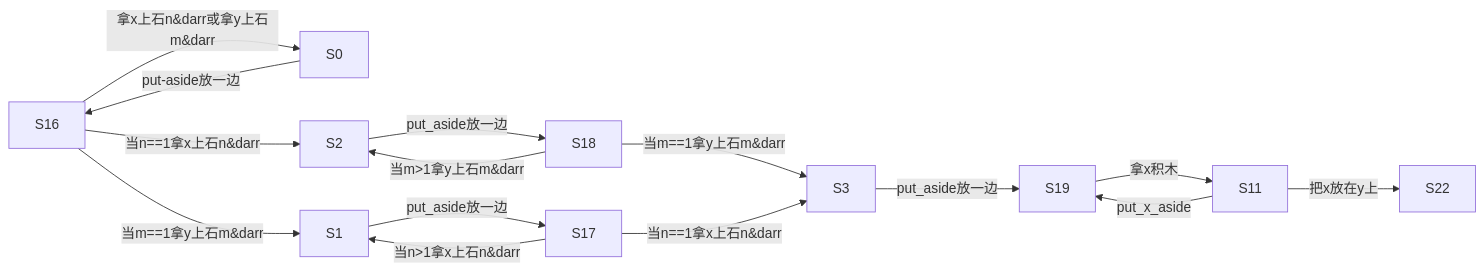
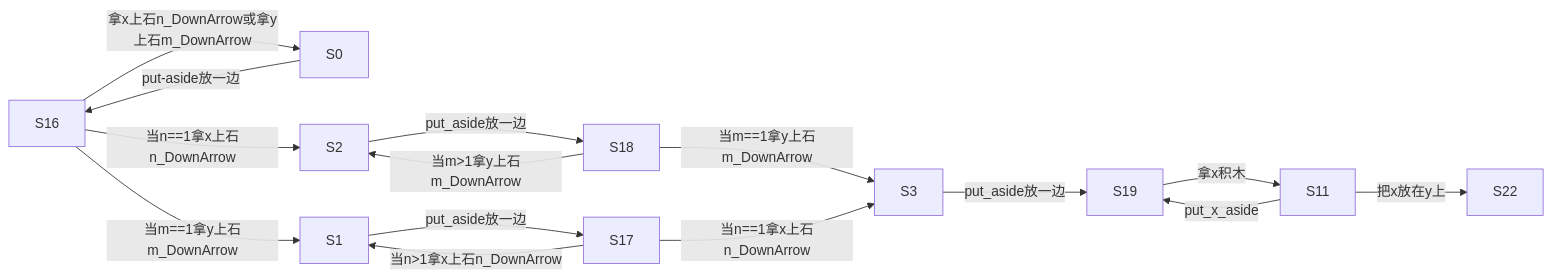
One commit to Tridu33/ZERO-Starting-AI-Planning-in-PDDL-Descripted-World changed diagram 14 of 29 in docs/SolversBaseOnPDDL/GP_Numerical/图法QNP.md. Above: the diagram before and after it, drawn with Mermaid. The commit also changed other lines of this file and 25 other files, not shown here.

````diff
--- a/docs/SolversBaseOnPDDL/GP_Numerical/图法QNP.md
+++ b/docs/SolversBaseOnPDDL/GP_Numerical/图法QNP.md
@@ -333,17 +333,17 @@
 ```mermaid
 graph LR;
-　　S16 -->|拿x上石n&darr或拿y上石m&darr| S0;
+　　S16 -->|拿x上石n_DownArrow或拿y上石m_DownArrow| S0;
 　　S0 -->|put-aside放一边| S16;
-　　S16 -->|当n==1拿x上石n&darr| S2 ;
+　　S16 -->|当n==1拿x上石n_DownArrow| S2 ;
 　　S2 -->|put_aside放一边| S18;
-　　S18 -->|当m>1拿y上石m&darr| S2;
-　　S18 -->|当m==1拿y上石m&darr| S3;
-　　S16 -->|当m==1拿y上石m&darr| S1 ;
+　　S18 -->|当m>1拿y上石m_DownArrow| S2;
+　　S18 -->|当m==1拿y上石m_DownArrow| S3;
+　　S16 -->|当m==1拿y上石m_DownArrow| S1 ;
 　　S1 -->|put_aside放一边| S17;
-　　S17 -->|当n>1拿x上石n&darr| S1;
-　　S17 -->|当n==1拿x上石n&darr| S3;
+　　S17 -->|当n>1拿x上石n_DownArrow| S1;
+　　S17 -->|当n==1拿x上石n_DownArrow| S3;
 　　S3 -->|put_aside放一边| S19;
 　　S19 -->|拿x积木| S11;
 　　S11 -->|put_x_aside| S19;
 　　S11 -->|把x放在y上| S22;
 ```
````
